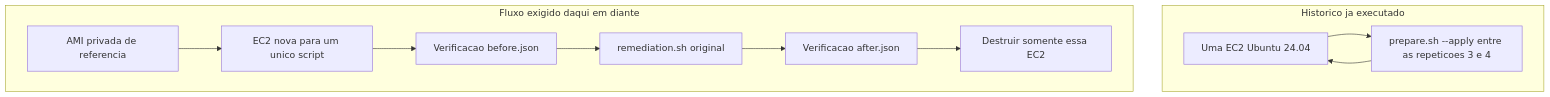
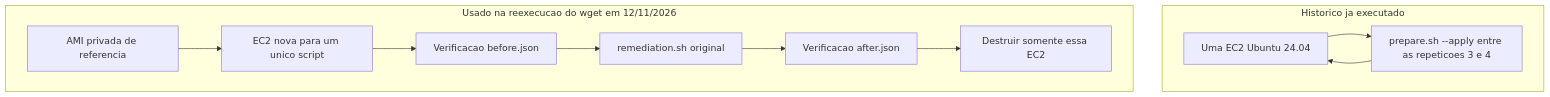
One commit to samorimth/project-automation-remediate changed the diagram in tcc-gpt-linux/docs/arquitetura/fluxo_experimental.mmd. Above: the diagram before and after it, drawn with Mermaid. The commit also changed 16 other files, not shown here.

```diff
--- a/tcc-gpt-linux/docs/arquitetura/fluxo_experimental.mmd
+++ b/tcc-gpt-linux/docs/arquitetura/fluxo_experimental.mmd
@@ -1,15 +1,15 @@
 flowchart TD
   subgraph historico [Historico ja executado]
     mesmaEc2[Uma EC2 Ubuntu 24.04]
     prepare[prepare.sh --apply entre as repeticoes 3 e 4]
     mesmaEc2 --> prepare --> mesmaEc2
   end
-  subgraph planejado [Fluxo exigido daqui em diante]
+  subgraph usado [Usado na reexecucao do wget em 12/11/2026]
     ami[AMI privada de referencia]
     nova[EC2 nova para um unico script]
     antes[Verificacao before.json]
     script[remediation.sh original]
     depois[Verificacao after.json]
     fim[Destruir somente essa EC2]
     ami --> nova --> antes --> script --> depois --> fim
   end
```
